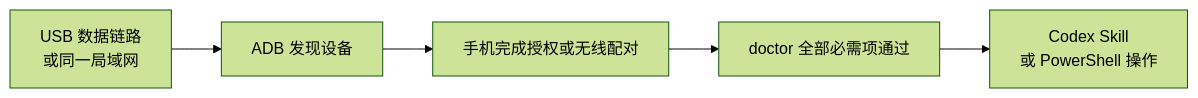
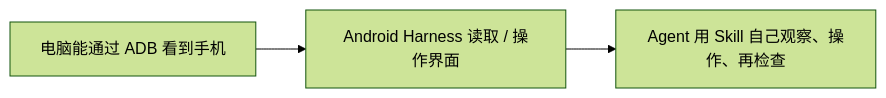
Before and after one commit to HangHang04/android-harness: the diagram in README.md, drawn with Mermaid (forest theme). The commit also changed other lines of this file, not shown here.

Commit message:
Make README friendlier and add agent-first setup

````diff
--- a/README.md
+++ b/README.md
@@ -11,7 +50,5 @@
 ```mermaid
 flowchart LR
-    A["USB 数据链路<br/>或同一局域网"] --> B["ADB 发现设备"]
-    B --> C["手机完成授权或无线配对"]
-    C --> D["doctor 全部必需项通过"]
-    D --> E["Codex Skill<br/>或 PowerShell 操作"]
+    A["电脑能通过 ADB 看到手机"] --> B["Android Harness 读取 / 操作界面"]
+    B --> C["Agent 用 Skill 自己观察、操作、再检查"]
 ```
````
